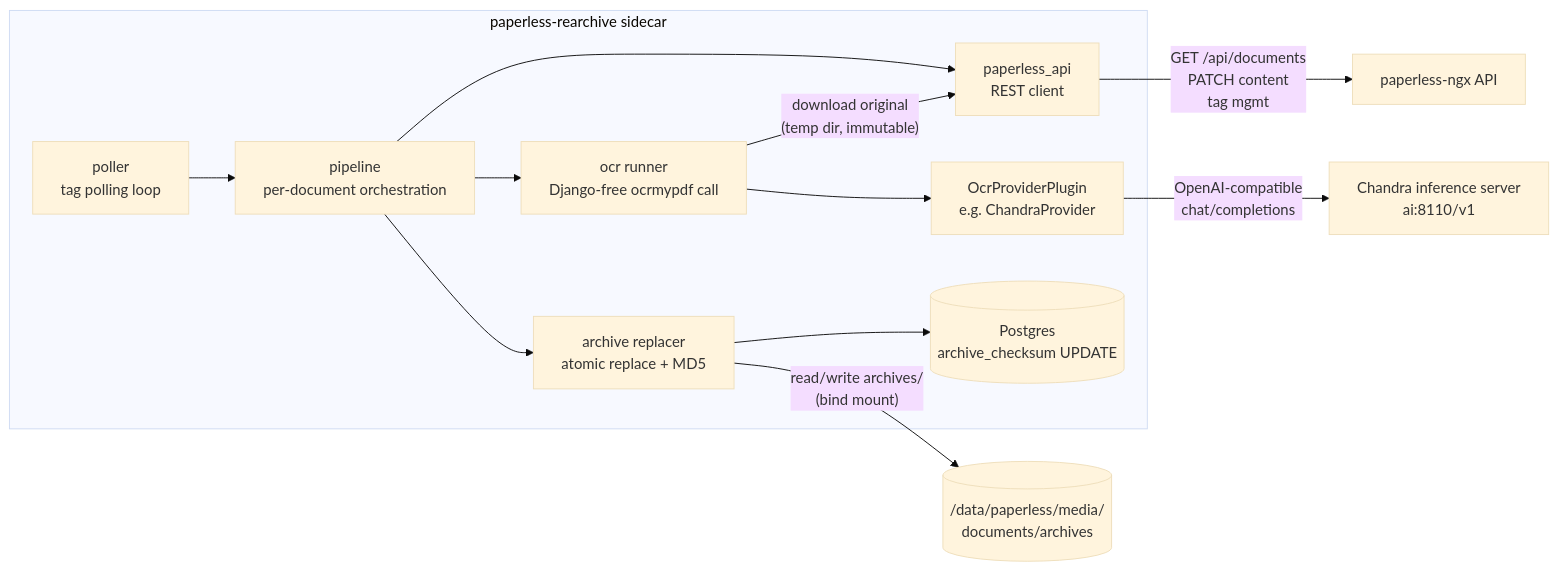
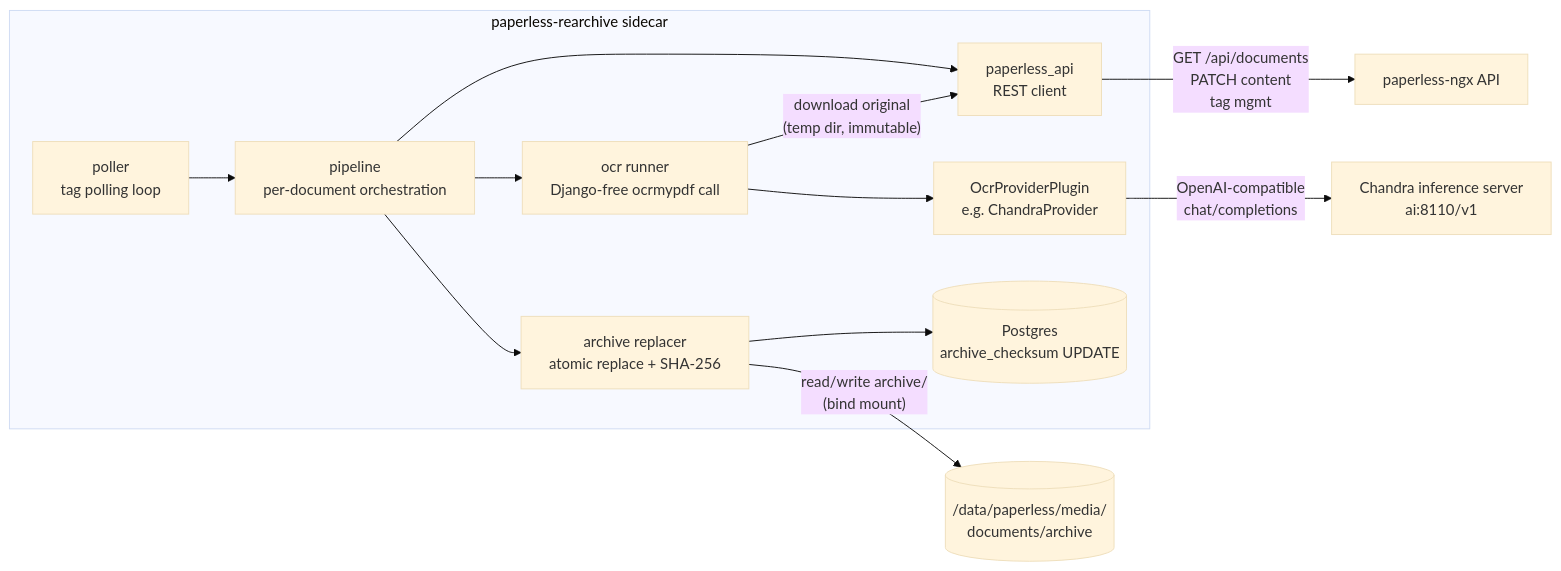
The first of 2 diagrams in README.md (strichte/paperless-rearchive), drawn with Mermaid (base theme) before and after one commit. The commit also changed other lines of this file and 5 other files, not shown here.

Commit message:
Fix archive checksum algorithm: paperless uses SHA-256, not MD5 (verified live); archive dir is media/documents/archive; pngquant in image

````diff
--- a/README.md
+++ b/README.md
@@ -17,15 +17,15 @@
 ```mermaid
 flowchart LR
     subgraph sidecar["paperless-rearchive sidecar"]
         P[poller<br/>tag polling loop] --> PIPE[pipeline<br/>per-document orchestration]
         PIPE --> API[paperless_api<br/>REST client]
         PIPE --> RUN[ocr runner<br/>Django-free ocrmypdf call]
         RUN --> PROV[OcrProviderPlugin<br/>e.g. ChandraProvider]
-        PIPE --> REP[archive replacer<br/>atomic replace + MD5]
+        PIPE --> REP[archive replacer<br/>atomic replace + SHA-256]
         REP --> DB[(Postgres<br/>archive_checksum UPDATE)]
     end
     API -- "GET /api/documents<br/>PATCH content<br/>tag mgmt" --> PLX[paperless-ngx API]
     PROV -- "OpenAI-compatible<br/>chat/completions" --> LLM["Chandra inference server<br/>ai:8110/v1"]
-    REP -- "read/write archives/<br/>(bind mount)" --> MED[("/data/paperless/media/<br/>documents/archives")]
+    REP -- "read/write archive/<br/>(bind mount)" --> MED[("/data/paperless/media/<br/>documents/archive")]
     RUN -- "download original<br/>(temp dir, immutable)" --> API
 ```
````
